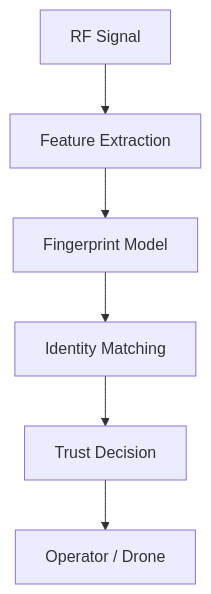
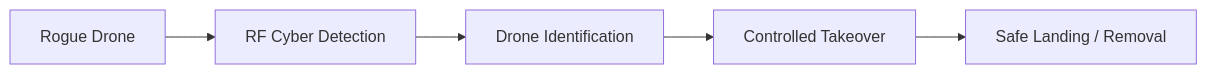
Before and after one commit to vjk7989/project-flex: the ninth of 15 diagrams in RF Fingerprinting.md, drawn with Mermaid. The commit also changed other lines of this file, not shown here.

````diff
--- a/RF Fingerprinting.md
+++ b/RF Fingerprinting.md
@@ -186,8 +468,7 @@
 ```mermaid
-flowchart TD
-    A["RF Signal"] --> B["Feature Extraction"]
-    B --> C["Fingerprint Model"]
-    C --> D["Identity Matching"]
-    D --> E["Trust Decision"]
-    E --> F["Operator / Drone"]
+flowchart LR
+    A["Rogue Drone"] --> B["RF Cyber Detection"]
+    B --> C["Drone Identification"]
+    C --> D["Controlled Takeover"]
+    D --> E["Safe Landing / Removal"]
 ```
````
